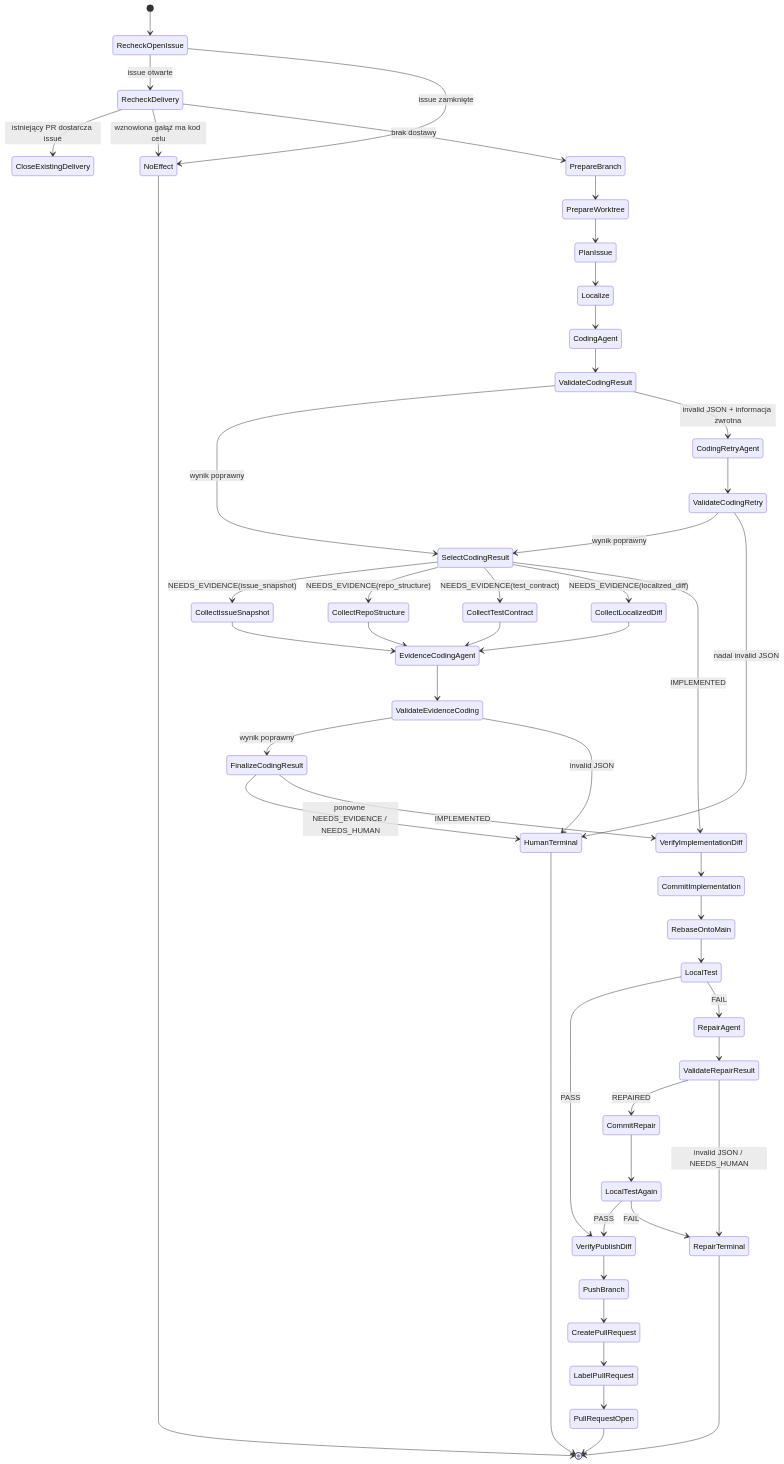
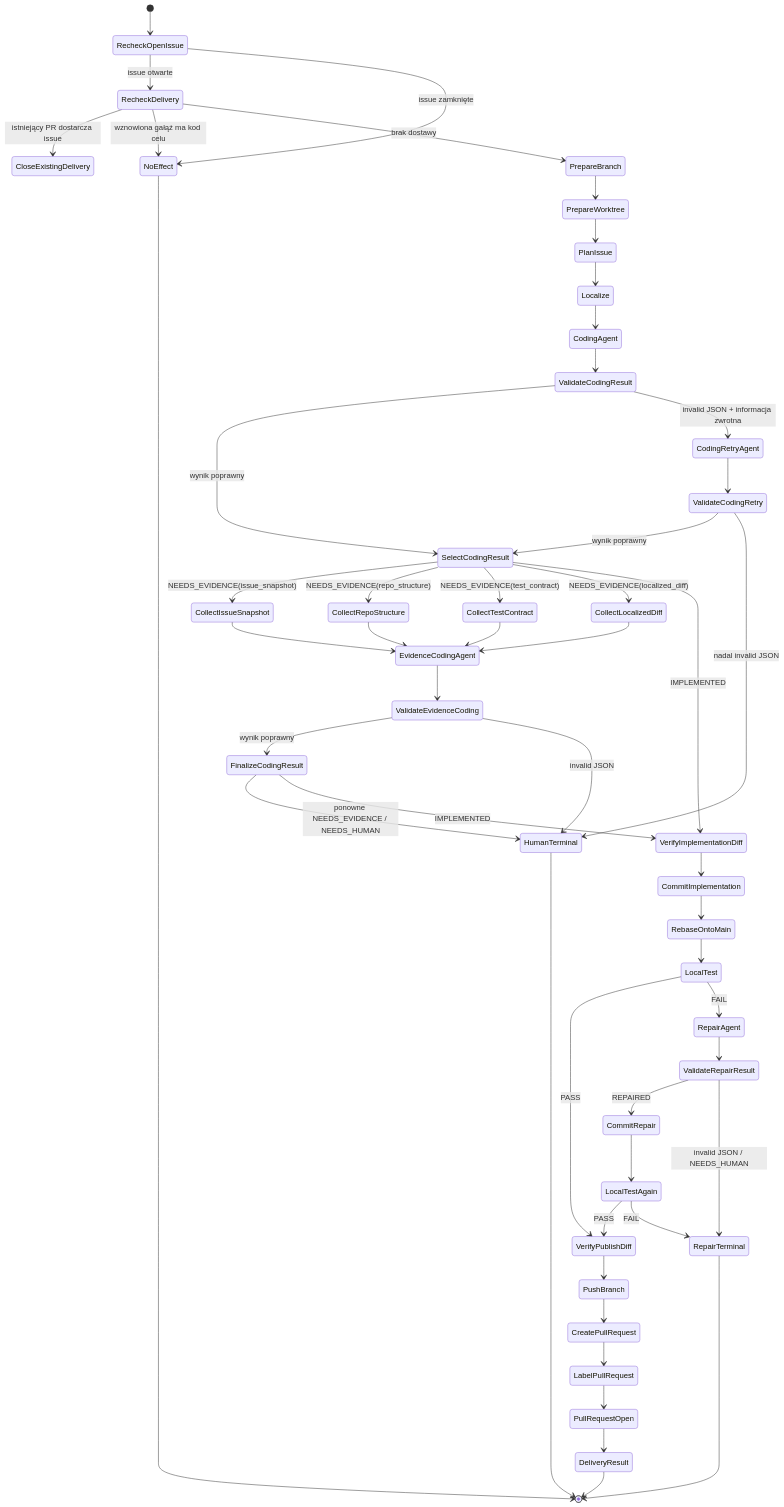
Before and after one commit to mikolaj92/lokay: the third of 6 diagrams in README.md, drawn with Mermaid. The commit also changed other lines of this file, not shown here.

Commit message:
docs: expose delivery terminal results

````diff
--- a/README.md
+++ b/README.md
@@ -155,52 +155,53 @@
 ```mermaid
 stateDiagram-v2
     [*] --> RecheckOpenIssue
     RecheckOpenIssue --> RecheckDelivery: issue otwarte
     RecheckOpenIssue --> NoEffect: issue zamknięte
     RecheckDelivery --> CloseExistingDelivery: istniejący PR dostarcza issue
     RecheckDelivery --> NoEffect: wznowiona gałąź ma kod celu
     RecheckDelivery --> PrepareBranch: brak dostawy
     PrepareBranch --> PrepareWorktree
     PrepareWorktree --> PlanIssue
     PlanIssue --> Localize
     Localize --> CodingAgent
     CodingAgent --> ValidateCodingResult
     ValidateCodingResult --> SelectCodingResult: wynik poprawny
     ValidateCodingResult --> CodingRetryAgent: invalid JSON + informacja zwrotna
     CodingRetryAgent --> ValidateCodingRetry
     ValidateCodingRetry --> SelectCodingResult: wynik poprawny
     ValidateCodingRetry --> HumanTerminal: nadal invalid JSON
     SelectCodingResult --> CollectIssueSnapshot: NEEDS_EVIDENCE(issue_snapshot)
     SelectCodingResult --> CollectRepoStructure: NEEDS_EVIDENCE(repo_structure)
     SelectCodingResult --> CollectTestContract: NEEDS_EVIDENCE(test_contract)
     SelectCodingResult --> CollectLocalizedDiff: NEEDS_EVIDENCE(localized_diff)
     CollectIssueSnapshot --> EvidenceCodingAgent
     CollectRepoStructure --> EvidenceCodingAgent
     CollectTestContract --> EvidenceCodingAgent
     CollectLocalizedDiff --> EvidenceCodingAgent
     EvidenceCodingAgent --> ValidateEvidenceCoding
     ValidateEvidenceCoding --> FinalizeCodingResult: wynik poprawny
     ValidateEvidenceCoding --> HumanTerminal: invalid JSON
     FinalizeCodingResult --> HumanTerminal: ponowne NEEDS_EVIDENCE / NEEDS_HUMAN
     SelectCodingResult --> VerifyImplementationDiff: IMPLEMENTED
     FinalizeCodingResult --> VerifyImplementationDiff: IMPLEMENTED
     VerifyImplementationDiff --> CommitImplementation
     CommitImplementation --> RebaseOntoMain
     RebaseOntoMain --> LocalTest
     LocalTest --> VerifyPublishDiff: PASS
     LocalTest --> RepairAgent: FAIL
     RepairAgent --> ValidateRepairResult
     ValidateRepairResult --> CommitRepair: REPAIRED
     ValidateRepairResult --> RepairTerminal: invalid JSON / NEEDS_HUMAN
     CommitRepair --> LocalTestAgain
     LocalTestAgain --> VerifyPublishDiff: PASS
     LocalTestAgain --> RepairTerminal: FAIL
     VerifyPublishDiff --> PushBranch
     PushBranch --> CreatePullRequest
     CreatePullRequest --> LabelPullRequest
     LabelPullRequest --> PullRequestOpen
-    PullRequestOpen --> [*]
+    PullRequestOpen --> DeliveryResult
+    DeliveryResult --> [*]
     NoEffect --> [*]
     HumanTerminal --> [*]
     RepairTerminal --> [*]
 ```
````
